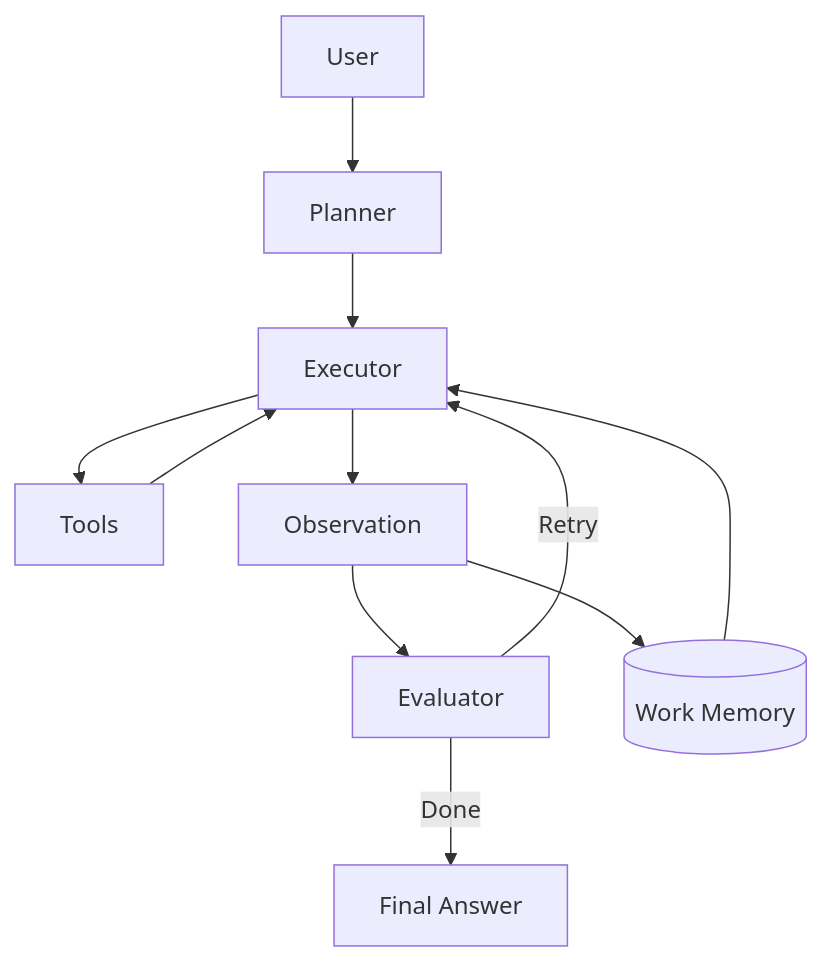
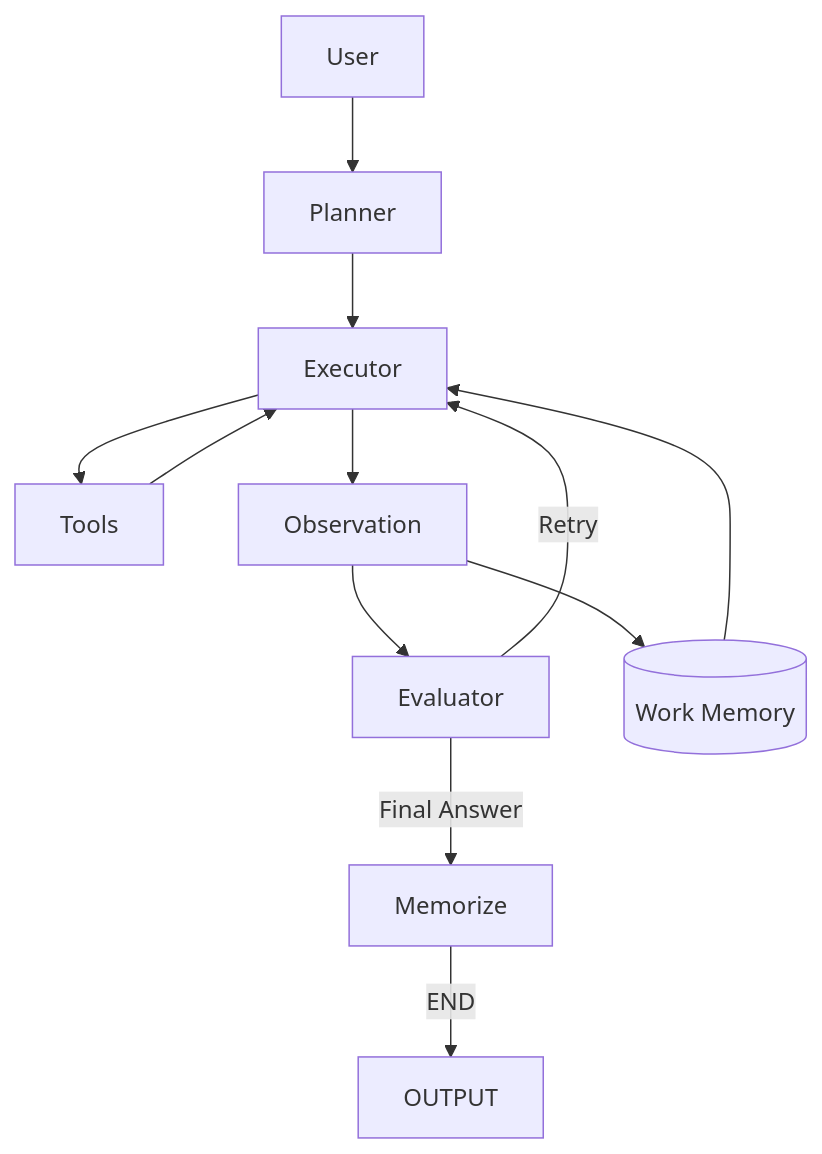
One commit to trumbuffban/Jarvis changed the diagram in structure.md. Above: the diagram before and after it, drawn with Mermaid.

Commit message:
fix structure

````diff
--- a/structure.md
+++ b/structure.md
@@ -3,13 +3,14 @@
 ```mermaid
 flowchart TD
     A[User] --> B[Planner]
     B --> C[Executor]
     C --> D[Tools]
     D --> C
     C --> E[Observation]
     E --> F[Evaluator]
     F -->|Retry| C
-    F -->|Done| G[Final Answer]
-    E --> H[(Work Memory)]
-    H --> C
+    F -->|Final Answer| G[Memorize]
+    G -->|END| H[OUTPUT]
+    E --> I[(Work Memory)]
+    I --> C
 ```
````
